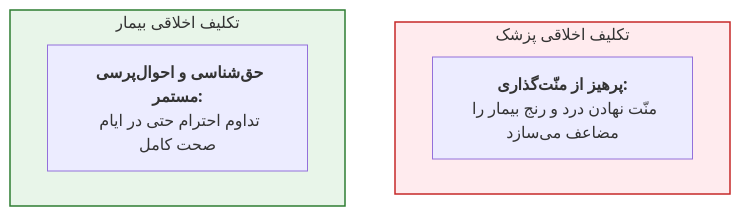
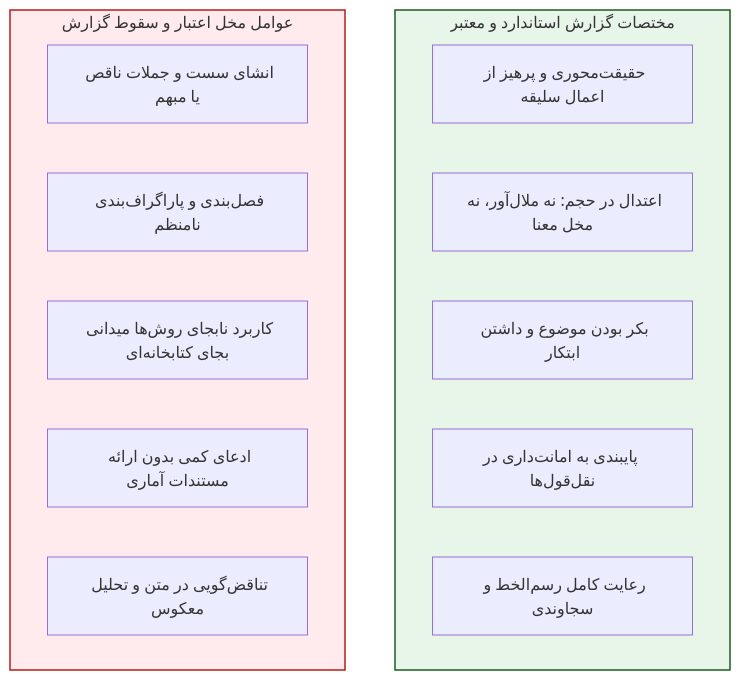
Before and after one commit to neopulse-hub/TUMS-1402-1-neo: diagram 13 of 37 in 05/ادبیات/جامع بخش 1.md, drawn with Mermaid. The commit also changed other lines of this file, not shown here.

````diff
--- a/05/ادبیات/جامع بخش 1.md
+++ b/05/ادبیات/جامع بخش 1.md
@@ -388,13 +515,24 @@
 ```mermaid
-flowchart TD
-    subgraph DoctorDuty["تکلیف اخلاقی پزشک"]
-        D1["<b>پرهیز از منّت‌گذاری:</b><br>منّت نهادن درد و رنج بیمار را مضاعف می‌سازد"]
+flowchart RL
+    subgraph Positives ["مختصات گزارش استاندارد و معتبر"]
+        direction RL
+        P1[حقیقت‌محوری و پرهیز از اعمال سلیقه]
+        P2[اعتدال در حجم: نه ملال‌آور، نه مخل معنا]
+        P3[بکر بودن موضوع و داشتن ابتکار]
+        P4[پایبندی به امانت‌داری در نقل‌قول‌ها]
+        P5[رعایت کامل رسم‌الخط و سجاوندی]
     end
 
-    subgraph PatientDuty["تکلیف اخلاقی بیمار"]
-        P1["<b>حق‌شناسی و احوال‌پرسی مستمر:</b><br>تداوم احترام حتی در ایام صحت کامل"]
+    subgraph Negatives ["عوامل مخل اعتبار و سقوط گزارش"]
+        direction RL
+        N1[انشای سست و جملات ناقص یا مبهم]
+        N2[فصل‌بندی و پاراگراف‌بندی نامنظم]
+        N3[کاربرد نابجای روش‌ها میدانی بجای کتابخانه‌ای]
+        N4[ادعای کمی بدون ارائه مستندات آماری]
+        N5[تناقض‌گویی در متن و تحلیل معکوس]
     end
 
-    style DoctorDuty fill:#ffebee,stroke:#c62828,stroke-width:1.5px;
-    style PatientDuty fill:#e8f5e9,stroke:#2e7d32,stroke-width:1.5px;
+    Positives ~~~ Negatives
+    style Positives fill:#e8f5e9,stroke:#1b5e20,stroke-width:1.5px;
+    style Negatives fill:#ffebee,stroke:#b71c1c,stroke-width:1.5px;
 ```
````
